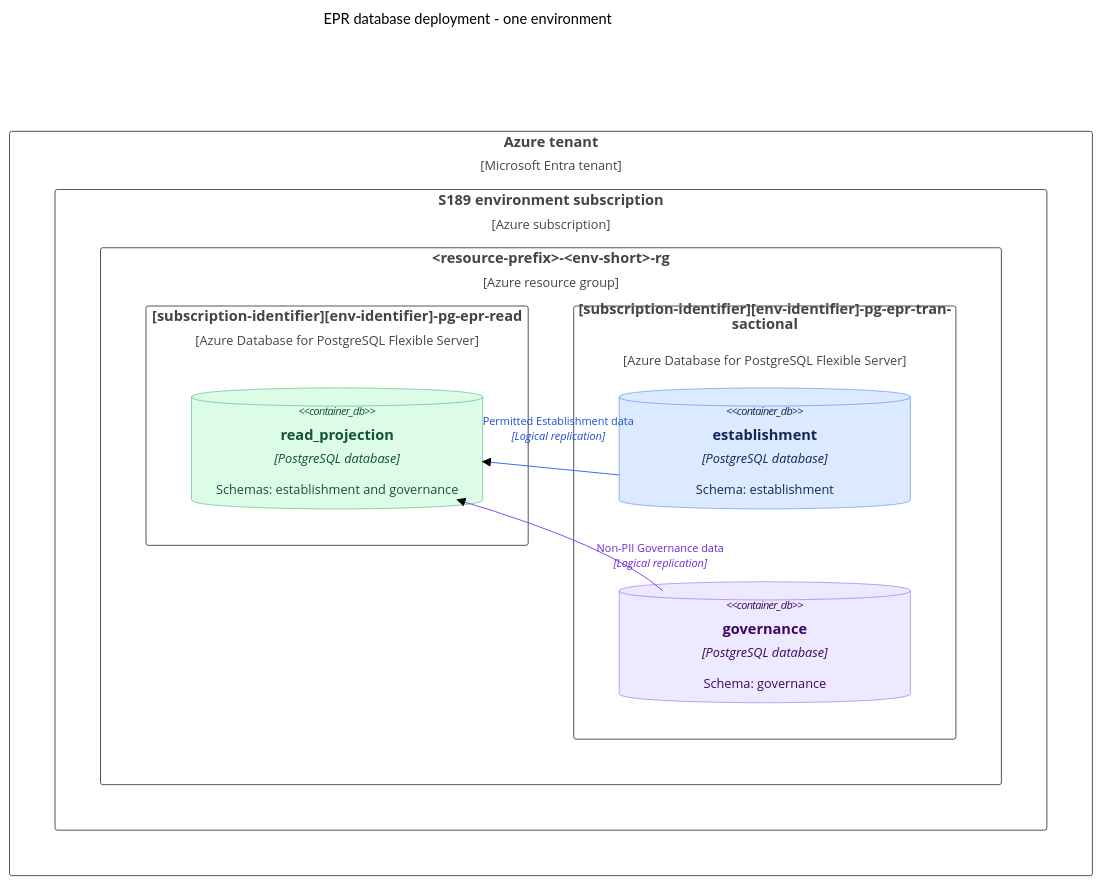
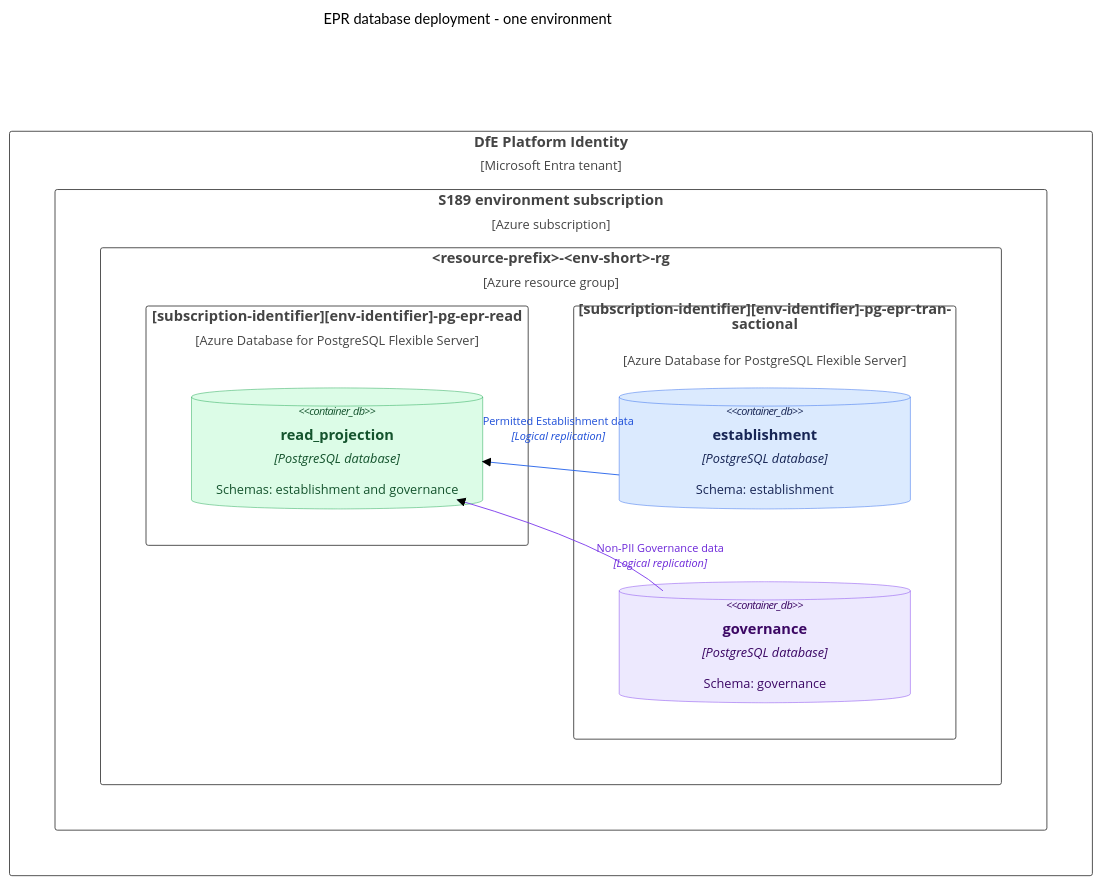
The first of 2 diagrams in data/epr-data-platform-topology-and-replication.md (DFE-Digital/education-provider-registry-docs), drawn with Mermaid (forest theme) before and after one commit. The commit also changed other lines of this file, not shown here.

````diff
--- a/data/epr-data-platform-topology-and-replication.md
+++ b/data/epr-data-platform-topology-and-replication.md
@@ -30,29 +30,29 @@
 ```mermaid
 %%{init: {"wrap": true, "c4": {"width": 320}}}%%
 C4Deployment
 title EPR database deployment - one environment
 
-Deployment_Node(tenant, "Azure tenant", "Microsoft Entra tenant") {
+Deployment_Node(tenant, "DfE Platform Identity", "Microsoft Entra tenant") {
     Deployment_Node(subscription, "S189 environment subscription", "Azure subscription") {
         Deployment_Node(resource_group, "<resource-prefix>-<env-short>-rg", "Azure resource group") {
             Deployment_Node(read_server, "[subscription-identifier][env-identifier]-pg-epr-read", "Azure Database for PostgreSQL Flexible Server") {
                 ContainerDb(read_db, "read_projection", "PostgreSQL database", "Schemas: establishment and governance")
             }
             Deployment_Node(transactional, "[subscription-identifier][env-identifier]-pg-epr-transactional", "Azure Database for PostgreSQL Flexible Server") {
                 ContainerDb(establishment_db, "establishment", "PostgreSQL database", "Schema: establishment")
                 ContainerDb(governance_db, "governance", "PostgreSQL database", "Schema: governance")
             }
         }
     }
 }
 
 Rel(establishment_db, read_db, "Permitted Establishment data", "Logical replication")
 Rel(governance_db, read_db, "Non-PII Governance data", "Logical replication")
 
 UpdateElementStyle(establishment_db, $bgColor="#DBEAFE", $fontColor="#172554", $borderColor="#2563EB")
 UpdateElementStyle(governance_db, $bgColor="#EDE9FE", $fontColor="#3B0764", $borderColor="#7C3AED")
 UpdateElementStyle(read_db, $bgColor="#DCFCE7", $fontColor="#14532D", $borderColor="#16A34A")
 UpdateRelStyle(establishment_db, read_db, $textColor="#1D4ED8", $lineColor="#2563EB", $offsetX="-75", $offsetY="-55")
 UpdateRelStyle(governance_db, read_db, $textColor="#6D28D9", $lineColor="#7C3AED", $offsetX="40", $offsetY="0")
 UpdateLayoutConfig($c4ShapeInRow="2", $c4BoundaryInRow="2")
 ```
````
